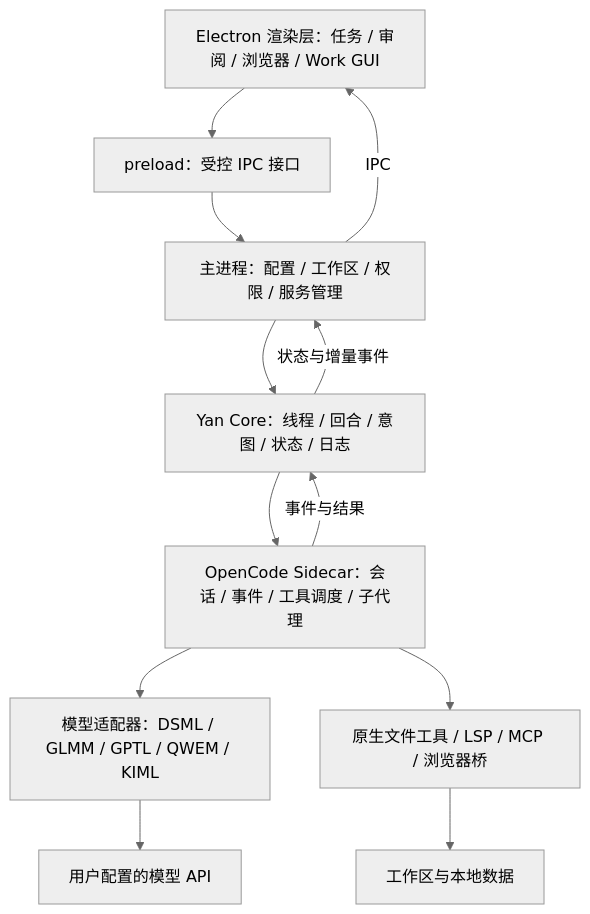
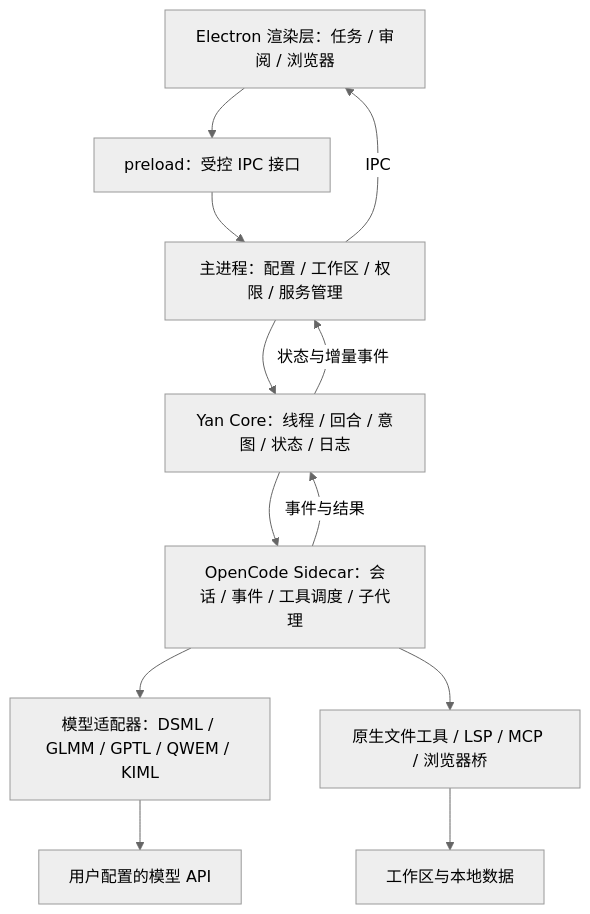
The diagram in README.md (666-gy/Yan-Agent), drawn with Mermaid (neutral theme) before and after one commit. The commit also changed other lines of this file and 1308 other files, not shown here.

````diff
--- a/README.md
+++ b/README.md
@@ -73,19 +72,19 @@
 ```mermaid
 flowchart TD
-  UI[Electron 渲染层：任务 / 审阅 / 浏览器 / Work GUI]
+  UI[Electron 渲染层：任务 / 审阅 / 浏览器]
   IPC[preload：受控 IPC 接口]
   MAIN[主进程：配置 / 工作区 / 权限 / 服务管理]
   CORE[Yan Core：线程 / 回合 / 意图 / 状态 / 日志]
   SIDE[OpenCode Sidecar：会话 / 事件 / 工具调度 / 子代理]
   ADAPTER[模型适配器：DSML / GLMM / GPTL / QWEM / KIML]
   API[用户配置的模型 API]
   TOOLS[原生文件工具 / LSP / MCP / 浏览器桥]
   DISK[工作区与本地数据]
   UI --> IPC --> MAIN
   MAIN --> CORE --> SIDE
   SIDE --> ADAPTER --> API
   SIDE --> TOOLS --> DISK
   SIDE -->|事件与结果| CORE
   CORE -->|状态与增量事件| MAIN
   MAIN -->|IPC| UI
 ```
````
